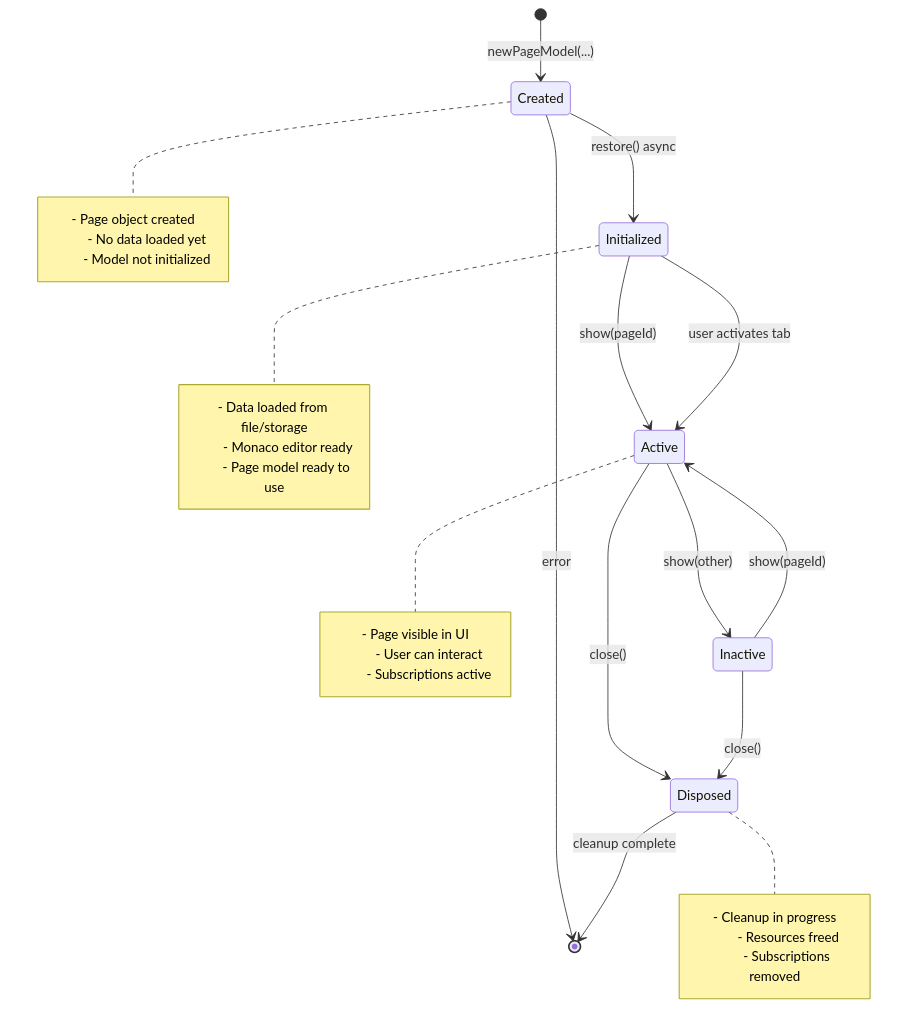
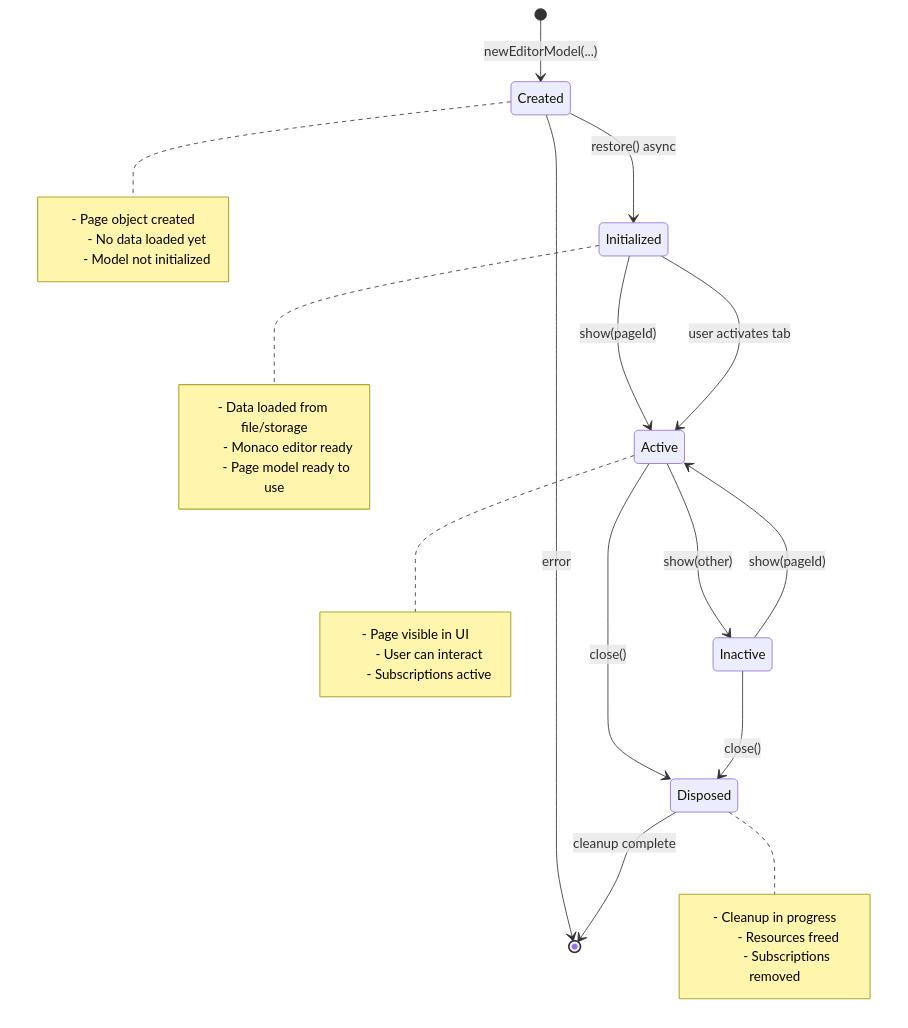
Before and after one commit to andriy-viyatyk/persephone: the second of 4 diagrams in doc/architecture/pages-architecture.md, drawn with Mermaid. The commit also changed other lines of this file and 72 other files, not shown here.

````diff
--- a/doc/architecture/pages-architecture.md
+++ b/doc/architecture/pages-architecture.md
@@ -64,42 +64,42 @@
 ```mermaid
 stateDiagram-v2
-    [*] --> Created: newPageModel(...)
+    [*] --> Created: newEditorModel(...)
 
     Created --> Initialized: restore() async
     Created --> [*]: error
 
     Initialized --> Active: show(pageId)
     Initialized --> Active: user activates tab
 
     Active --> Inactive: show(other)
     Inactive --> Active: show(pageId)
 
     Active --> Disposed: close()
     Inactive --> Disposed: close()
 
     Disposed --> [*]: cleanup complete
 
     note right of Created
         - Page object created
         - No data loaded yet
         - Model not initialized
     end note
 
     note right of Initialized
         - Data loaded from file/storage
         - Monaco editor ready
         - Page model ready to use
     end note
 
     note right of Active
         - Page visible in UI
         - User can interact
         - Subscriptions active
     end note
 
     note right of Disposed
         - Cleanup in progress
         - Resources freed
         - Subscriptions removed
     end note
 ```
````
